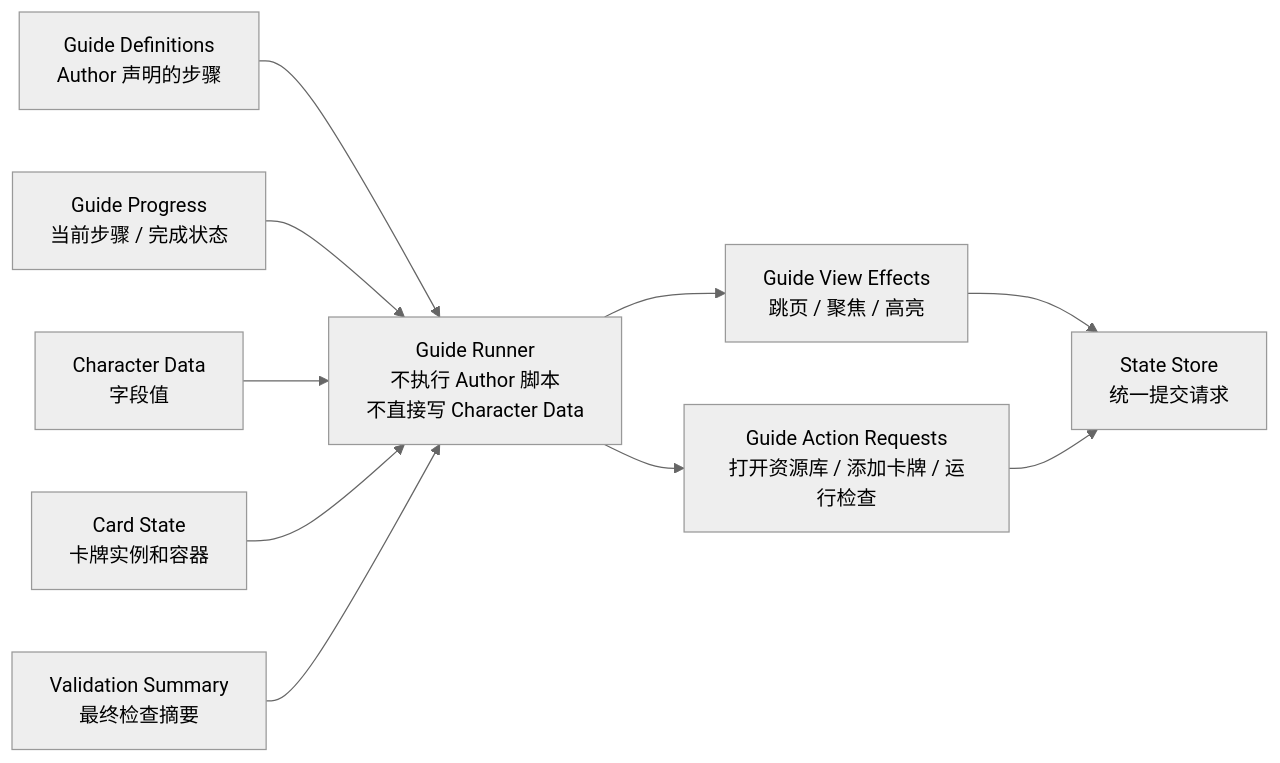
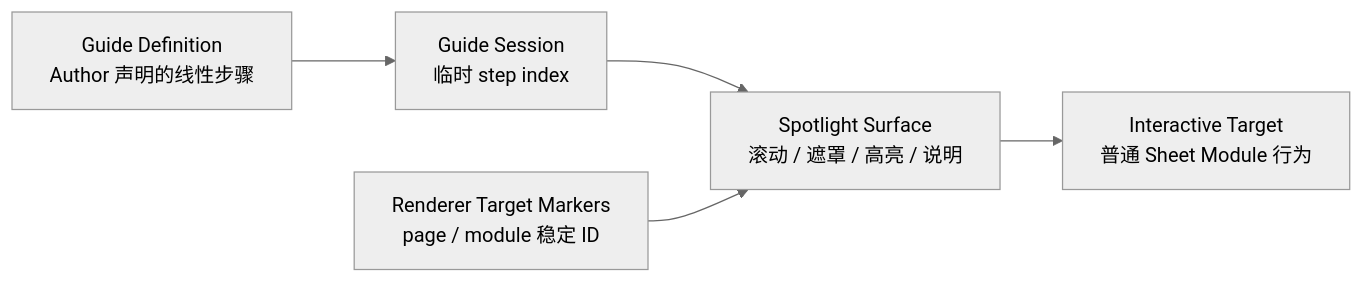
Before and after one commit to ZZZZzzzzac/PbDH_Sheet: the fifth of 6 diagrams in docs/c4.md, drawn with Mermaid (neutral theme). The commit also changed other lines of this file and 24 other files, not shown here.

First line of the commit message:
feat: Implement Character Creation Guide as a Spotlight Tour

````diff
--- a/docs/c4.md
+++ b/docs/c4.md
@@ -164,22 +164,13 @@
 ```mermaid
 flowchart LR
-  guide["Guide Definitions<br/>Author 声明的步骤"]
-  progress["Guide Progress<br/>当前步骤 / 完成状态"]
-  character["Character Data<br/>字段值"]
-  cards["Card State<br/>卡牌实例和容器"]
-  validation["Validation Summary<br/>最终检查摘要"]
-  runner["Guide Runner<br/>不执行 Author 脚本<br/>不直接写 Character Data"]
-  effects["Guide View Effects<br/>跳页 / 聚焦 / 高亮"]
-  requests["Guide Action Requests<br/>打开资源库 / 添加卡牌 / 运行检查"]
-  store["State Store<br/>统一提交请求"]
+  guide["Guide Definition<br/>Author 声明的线性步骤"]
+  session["Guide Session<br/>临时 step index"]
+  renderer["Renderer Target Markers<br/>page / module 稳定 ID"]
+  spotlight["Spotlight Surface<br/>滚动 / 遮罩 / 高亮 / 说明"]
+  target["Interactive Target<br/>普通 Sheet Module 行为"]
 
-  guide --> runner
-  progress --> runner
-  character --> runner
-  cards --> runner
-  validation --> runner
-  runner --> effects
-  runner --> requests
-  effects --> store
-  requests --> store
+  guide --> session
+  session --> spotlight
+  renderer --> spotlight
+  spotlight --> target
 ```
````
